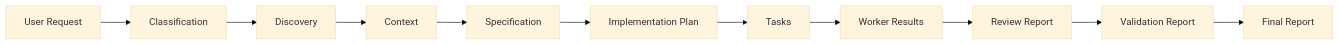
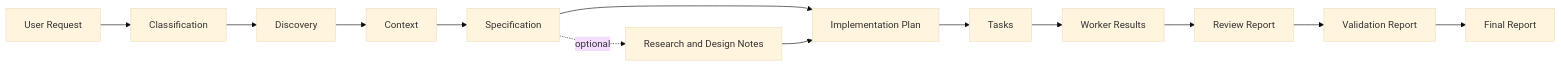
One commit to leoarkiteto/ai-software-factory-kit changed the eighth of 9 diagrams in docs/architecture.md. Above: the diagram before and after it, drawn with Mermaid (base theme). The commit also changed other lines of this file and 17 other files, not shown here.

First line of the commit message:
Show the research and design workers in the diagrams

````diff
--- a/docs/architecture.md
+++ b/docs/architecture.md
@@ -629,13 +652,15 @@
 ```mermaid
 flowchart LR
     A[User Request] --> B[Classification]
     B --> C[Discovery]
     C --> D[Context]
     D --> E[Specification]
     E --> F[Implementation Plan]
+    E -. "optional" .-> N["Research and Design Notes"]
+    N --> F
     F --> G[Tasks]
     G --> H[Worker Results]
     H --> I[Review Report]
     I --> J[Validation Report]
     J --> K[Final Report]
 ```
````
